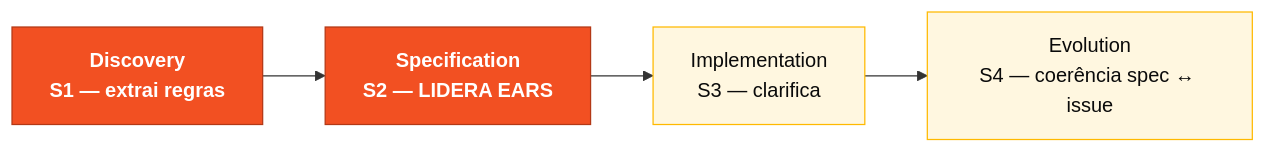
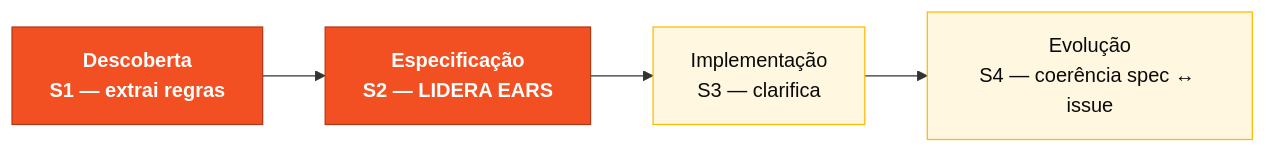
One commit to paulasilvatech/hackathon-datacorp-team-kit changed the diagram in pt-br/persona-kits/02-requirements-engineer/PERSONA.md. Above: the diagram before and after it, drawn with Mermaid. The commit also changed other lines of this file and 172 other files, not shown here.

````diff
--- a/pt-br/persona-kits/02-requirements-engineer/PERSONA.md
+++ b/pt-br/persona-kits/02-requirements-engineer/PERSONA.md
@@ -19,13 +19,13 @@
 ```mermaid
 flowchart LR
  classDef current fill:#F25022,stroke:#B33816,color:#fff,font-weight:bold
  classDef support fill:#FFF7E0,stroke:#FFB900,color:#0A0A0A
  classDef later fill:#F7F7F4,stroke:#C8C8C0,color:#6B6B6B
 
- D[Discovery<br/>S1 — extrai regras]:::current
- SP[Specification<br/>S2 — LIDERA EARS]:::current
- IM[Implementation<br/>S3 — clarifica]:::support
- EV[Evolution<br/>S4 — coerência spec ↔ issue]:::support
+ D[Descoberta<br/>S1 — extrai regras]:::current
+ SP[Especificação<br/>S2 — LIDERA EARS]:::current
+ IM[Implementação<br/>S3 — clarifica]:::support
+ EV[Evolução<br/>S4 — coerência spec ↔ issue]:::support
 
  D --> SP --> IM --> EV
 ```
````
